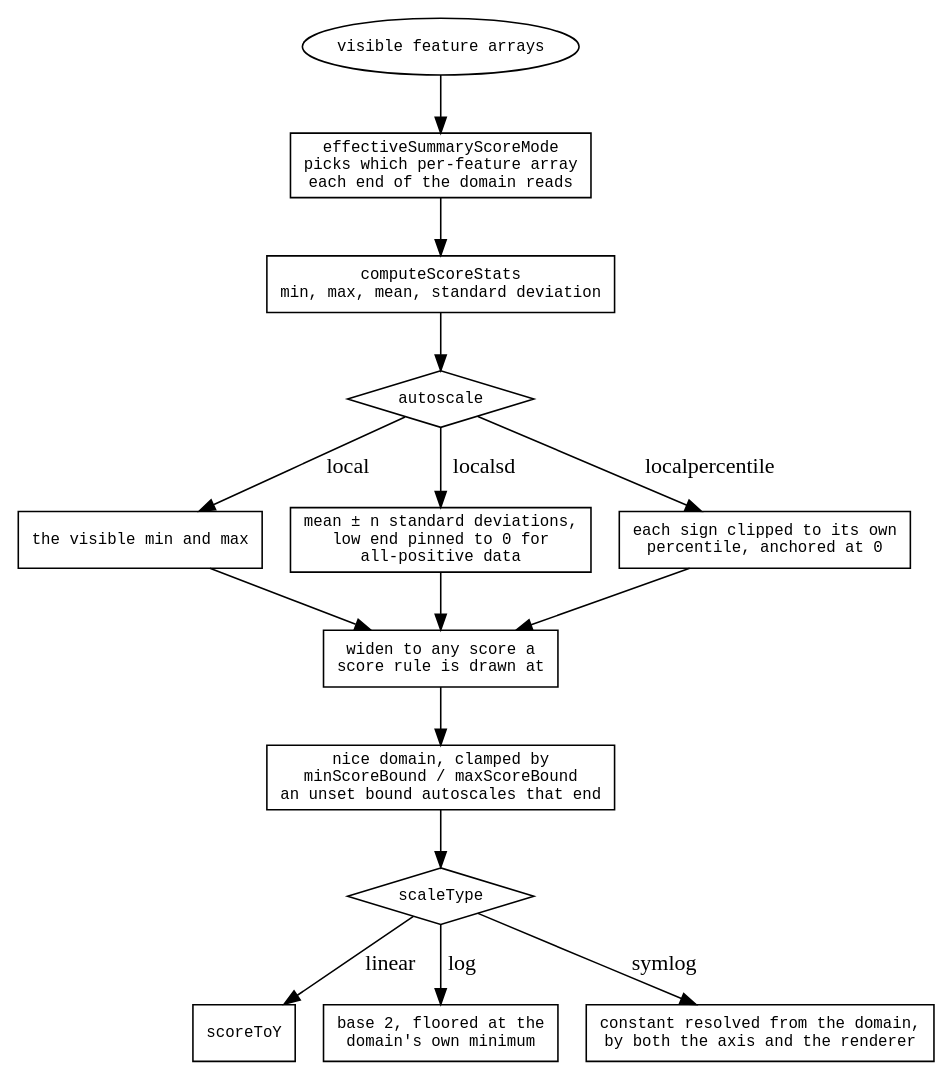
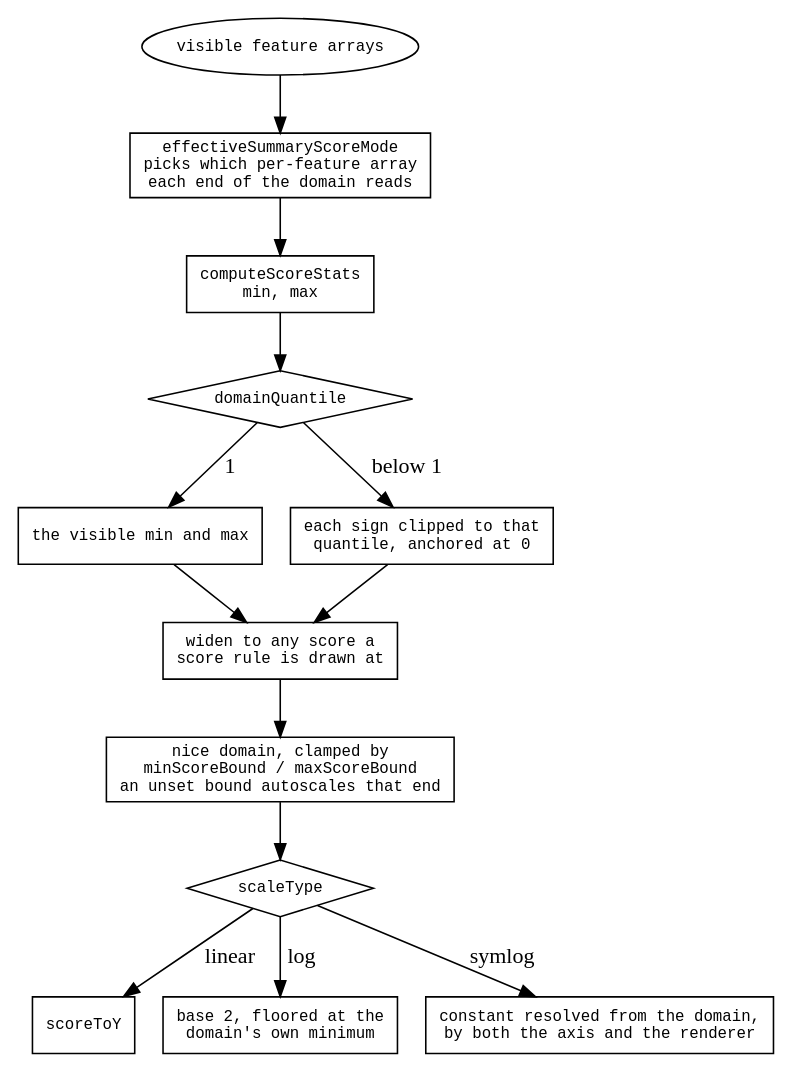
One commit to GMOD/jbrowse-components changed the diagram in agent-docs/mechanisms/diagrams/wiggle-domain.dot. Above: the diagram before and after it, drawn with Graphviz. The commit also changed 106 other files, not shown here.

First line of the commit message:
An open scale end follows one quantile: domainQuantile replaces autoscale, numStdDev and numQuantile

```diff
--- a/agent-docs/mechanisms/diagrams/wiggle-domain.dot
+++ b/agent-docs/mechanisms/diagrams/wiggle-domain.dot
@@ -1,32 +1,30 @@
 digraph wiggle_domain {
   rankdir=TB
   node [shape=box fontname=monospace fontsize=10]
   { node [shape=diamond] auto; scale }
 
   vis   [label="visible feature arrays", shape=oval]
   mode  [label="effectiveSummaryScoreMode\npicks which per-feature array\neach end of the domain reads"]
-  stats [label="computeScoreStats\nmin, max, mean, standard deviation"]
+  stats [label="computeScoreStats\nmin, max"]
   vis -> mode -> stats -> auto
 
-  auto [label="autoscale"]
-  auto -> local   [label=" local"]
-  auto -> sd      [label=" localsd"]
-  auto -> pct     [label=" localpercentile"]
+  auto [label="domainQuantile"]
+  auto -> local   [label=" 1"]
+  auto -> pct     [label=" below 1"]
   local [label="the visible min and max"]
-  sd    [label="mean ± n standard deviations,\nlow end pinned to 0 for\nall-positive data"]
-  pct   [label="each sign clipped to its own\npercentile, anchored at 0"]
+  pct   [label="each sign clipped to that\nquantile, anchored at 0"]
 
   rules [label="widen to any score a\nscore rule is drawn at"]
-  local -> rules  sd -> rules  pct -> rules
+  local -> rules  pct -> rules
 
   bounds [label="nice domain, clamped by\nminScoreBound / maxScoreBound\nan unset bound autoscales that end"]
   rules -> bounds -> scale
 
   scale [label="scaleType"]
   scale -> lin [label=" linear"]
   scale -> log [label=" log"]
   scale -> sym [label=" symlog"]
   lin [label="scoreToY"]
   log [label="base 2, floored at the\ndomain's own minimum"]
   sym [label="constant resolved from the domain,\nby both the axis and the renderer"]
 }
```
